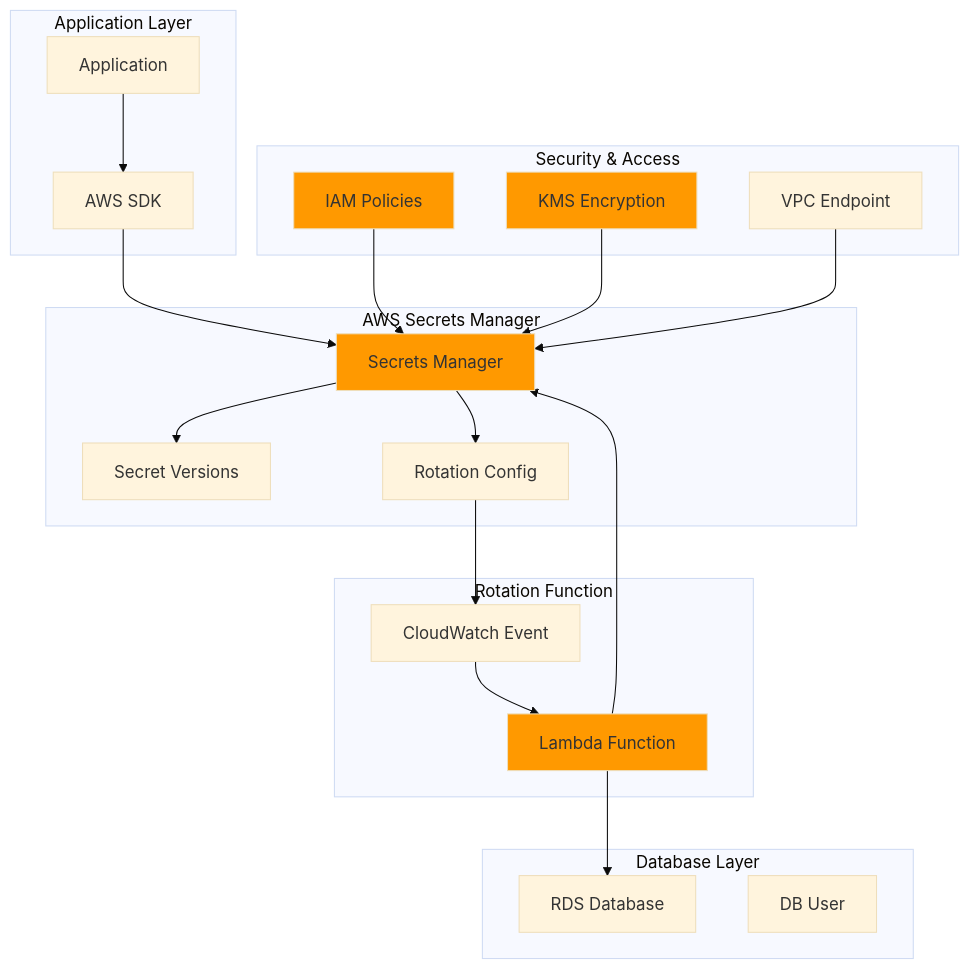
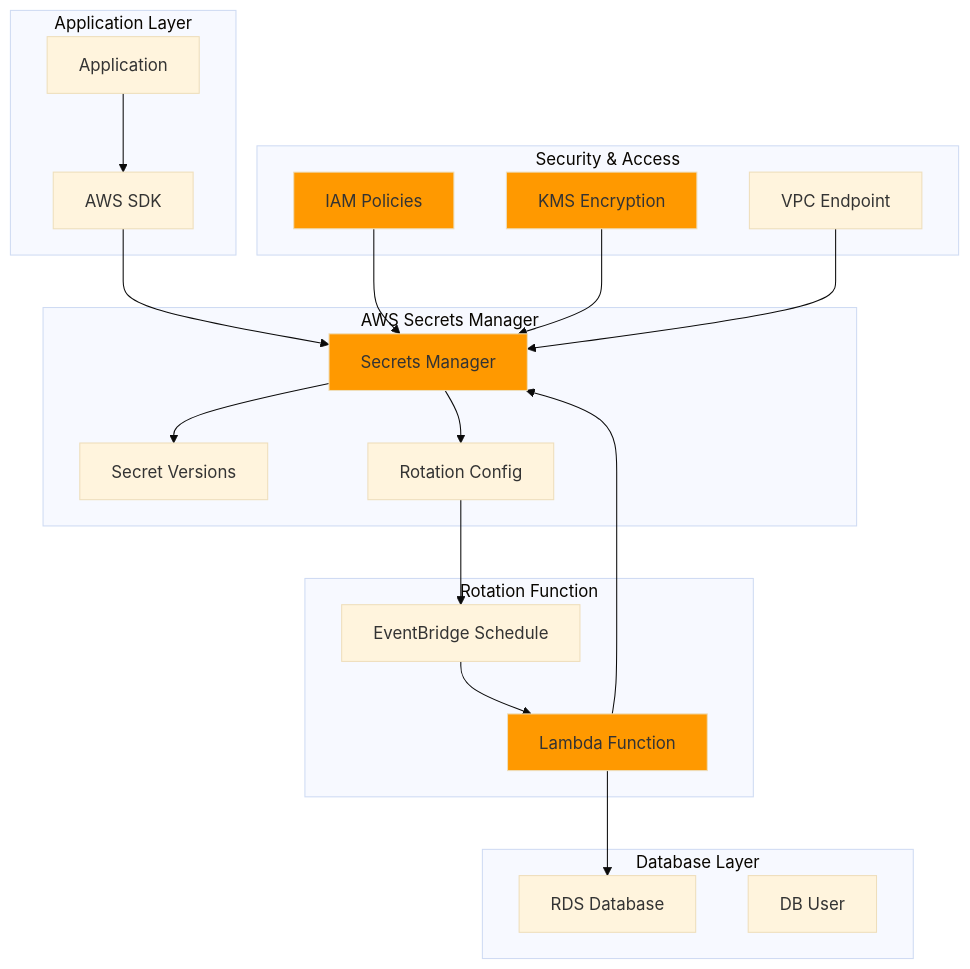
One commit to mzazon/awesome-cloud-projects changed the diagram in aws/managing-secrets-with-rotation/managing-secrets-with-rotation.md. Above: the diagram before and after it, drawn with Mermaid (base theme). The commit also changed other lines of this file and 5581 other files, not shown here.

````diff
--- a/aws/managing-secrets-with-rotation/managing-secrets-with-rotation.md
+++ b/aws/managing-secrets-with-rotation/managing-secrets-with-rotation.md
@@ -30,46 +30,46 @@
 ```mermaid
 graph TB
     subgraph "Application Layer"
         APP[Application]
         SDK[AWS SDK]
     end
     
     subgraph "AWS Secrets Manager"
         SM[Secrets Manager]
         VERSIONS[Secret Versions]
         ROTATION[Rotation Config]
     end
     
     subgraph "Rotation Function"
         LAMBDA[Lambda Function]
-        TRIGGER[CloudWatch Event]
+        TRIGGER[EventBridge Schedule]
     end
     
     subgraph "Database Layer"
         RDS[RDS Database]
         USER[DB User]
     end
     
     subgraph "Security & Access"
         IAM[IAM Policies]
         KMS[KMS Encryption]
         VPC[VPC Endpoint]
     end
     
     APP --> SDK
     SDK --> SM
     SM --> VERSIONS
     SM --> ROTATION
     ROTATION --> TRIGGER
     TRIGGER --> LAMBDA
     LAMBDA --> RDS
     LAMBDA --> SM
     IAM --> SM
     KMS --> SM
     VPC --> SM
     
     style SM fill:#FF9900
     style LAMBDA fill:#FF9900
     style IAM fill:#FF9900
     style KMS fill:#FF9900
 ```
````
